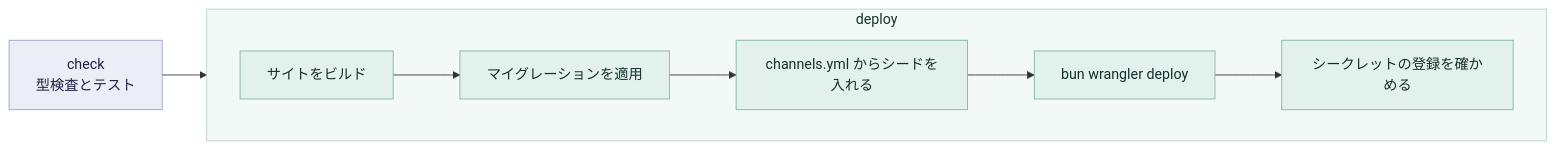
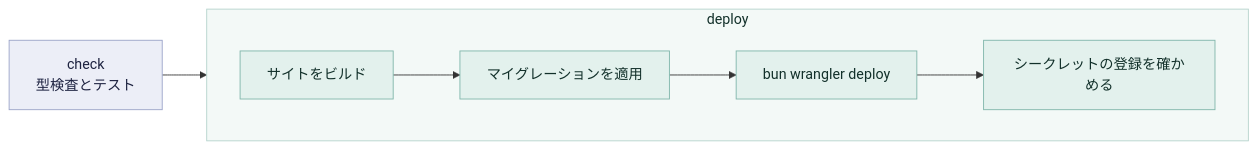
Before and after one commit to nanase/kemov: the second of 2 diagrams in docs/reference/architecture.md, drawn with Mermaid. The commit also changed other lines of this file and 32 other files, not shown here.

First line of the commit message:
channels.yml と、それを読むスクリプト・CI・deploy の手順を撤去する (#211) (#229)

````diff
--- a/docs/reference/architecture.md
+++ b/docs/reference/architecture.md
@@ -140,16 +140,15 @@
 ```mermaid
 flowchart LR
   check["check<br/>型検査とテスト"] --> build["サイトをビルド"]
   subgraph D["deploy"]
     direction LR
     build --> migrate["マイグレーションを適用"]
-    migrate --> seed["channels.yml からシードを入れる"]
-    seed --> deploy["bun wrangler deploy"]
+    migrate --> deploy["bun wrangler deploy"]
     deploy --> secrets["シークレットの登録を確かめる"]
   end
   classDef nocred fill:#eceef7,stroke:#9aa3c8,color:#1d2240
   classDef cred fill:#e3f1ed,stroke:#7fb5aa,color:#12302a
   class check nocred
-  class build,migrate,seed,deploy,secrets cred
+  class build,migrate,deploy,secrets cred
   style D fill:#f3f9f7,stroke:#b5d3cc,color:#12302a
 ```
````
